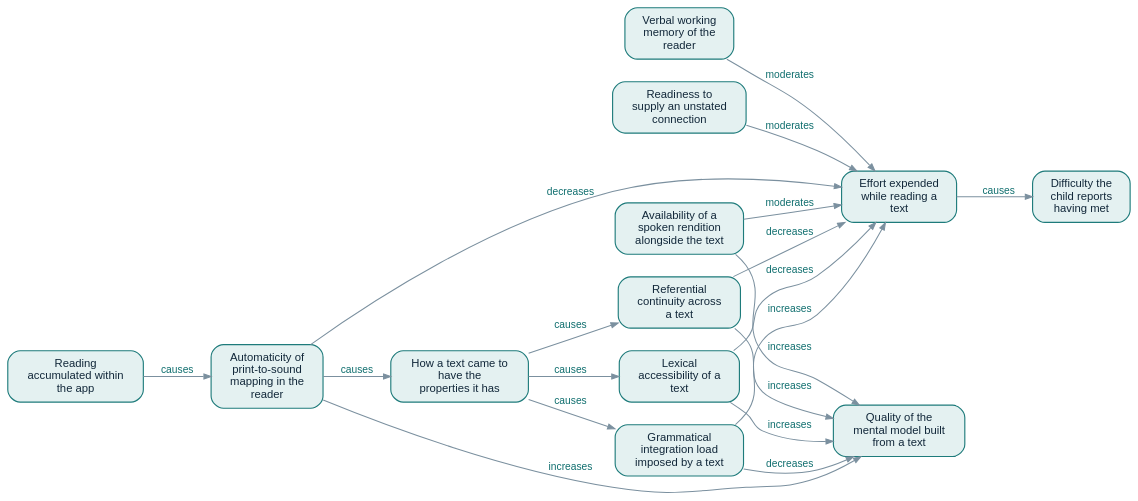
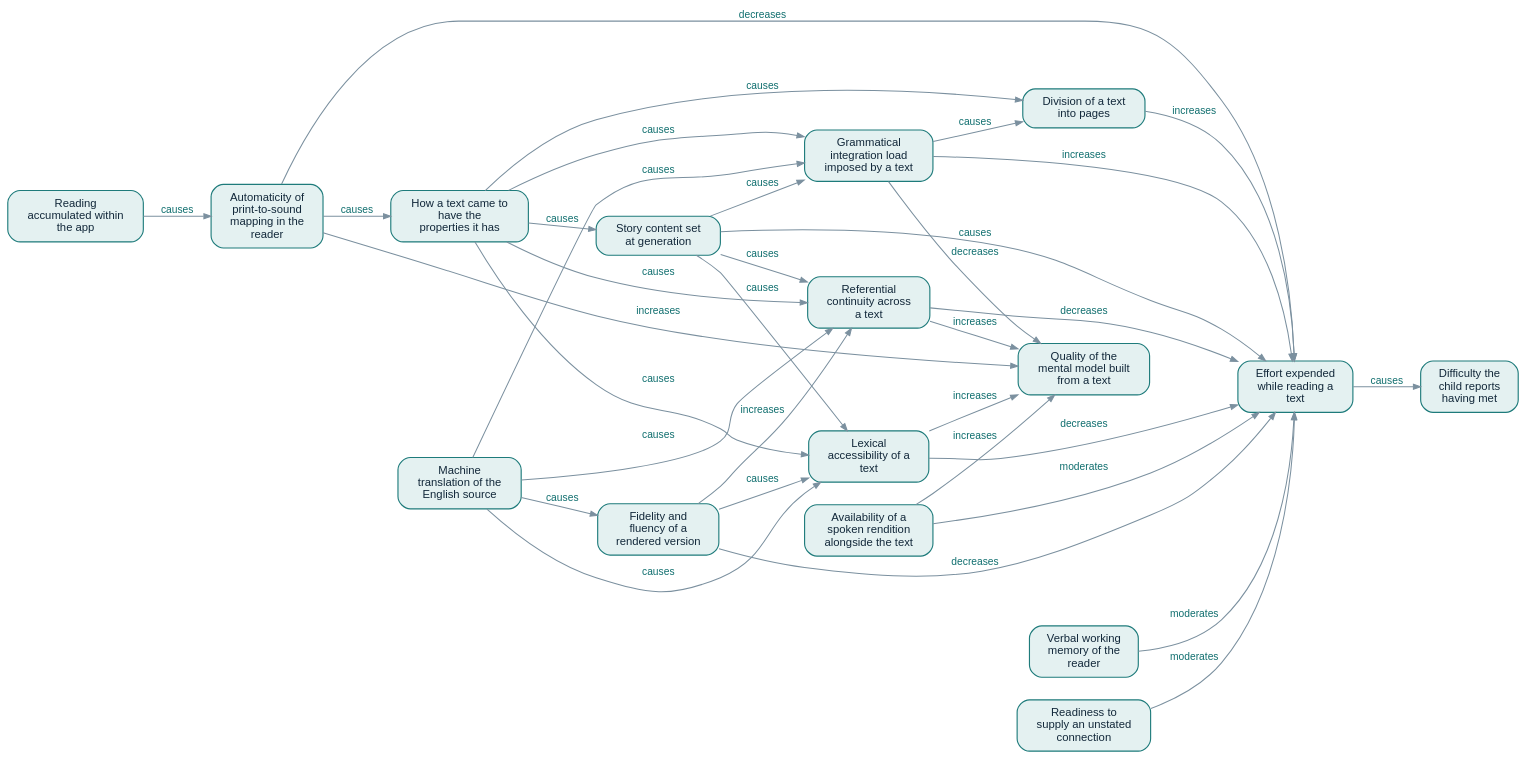
One commit to pablobernabeu/InTRACt_Interplay_of_Text_Reader_And_Context changed the diagram in preregistration/figures/nomological_net.gv. Above: the diagram before and after it, drawn with Graphviz. The commit also changed 16 other files, not shown here.

```diff
--- a/preregistration/figures/nomological_net.gv
+++ b/preregistration/figures/nomological_net.gv
@@ -1,35 +1,54 @@
 digraph nomological_net {
   graph [rankdir=LR, bgcolor="transparent", fontname="Helvetica", fontsize=11, pad="0.2", nodesep="0.3", ranksep="0.45"];
   node [fontname="Helvetica", fontsize=11, shape=box, style="rounded,filled", color="#33567A", fillcolor="#F2F6F9", fontcolor="#12283A", penwidth=1.1, margin="0.16,0.1"];
   edge [fontname="Helvetica", fontsize=10, color="#7B909F", fontcolor="#0F6E6E", arrowsize=0.7];
   "c_lexical_accessibility" [label="Lexical\naccessibility of a\ntext", fillcolor="#E4F1F1", color="#1E7B7B"];
   "c_structural_integration_load" [label="Grammatical\nintegration load\nimposed by a text", fillcolor="#E4F1F1", color="#1E7B7B"];
   "c_referential_continuity" [label="Referential\ncontinuity across\na text", fillcolor="#E4F1F1", color="#1E7B7B"];
   "c_decoding_automaticity" [label="Automaticity of\nprint-to-sound\nmapping in the\nreader", fillcolor="#E4F1F1", color="#1E7B7B"];
   "c_verbal_working_memory" [label="Verbal working\nmemory of the\nreader", fillcolor="#E4F1F1", color="#1E7B7B"];
   "c_inferential_resource" [label="Readiness to\nsupply an unstated\nconnection", fillcolor="#E4F1F1", color="#1E7B7B"];
   "c_spoken_rendition" [label="Availability of a\nspoken rendition\nalongside the text", fillcolor="#E4F1F1", color="#1E7B7B"];
   "c_accumulated_reading" [label="Reading\naccumulated within\nthe app", fillcolor="#E4F1F1", color="#1E7B7B"];
   "c_processing_effort" [label="Effort expended\nwhile reading a\ntext", fillcolor="#E4F1F1", color="#1E7B7B"];
   "c_experienced_difficulty" [label="Difficulty the\nchild reports\nhaving met", fillcolor="#E4F1F1", color="#1E7B7B"];
   "c_text_provenance" [label="How a text came to\nhave the\nproperties it has", fillcolor="#E4F1F1", color="#1E7B7B"];
+  "c_translation" [label="Machine\ntranslation of the\nEnglish source", fillcolor="#E4F1F1", color="#1E7B7B"];
+  "c_translation_quality" [label="Fidelity and\nfluency of a\nrendered version", fillcolor="#E4F1F1", color="#1E7B7B"];
+  "c_story_content" [label="Story content set\nat generation", fillcolor="#E4F1F1", color="#1E7B7B"];
+  "c_layout" [label="Division of a text\ninto pages", fillcolor="#E4F1F1", color="#1E7B7B"];
   "c_situation_model" [label="Quality of the\nmental model built\nfrom a text", fillcolor="#E4F1F1", color="#1E7B7B"];
   "c_lexical_accessibility" -> "c_processing_effort" [label="decreases"];
   "c_structural_integration_load" -> "c_processing_effort" [label="increases"];
   "c_referential_continuity" -> "c_processing_effort" [label="decreases"];
   "c_decoding_automaticity" -> "c_processing_effort" [label="decreases"];
   "c_accumulated_reading" -> "c_decoding_automaticity" [label="causes"];
   "c_verbal_working_memory" -> "c_processing_effort" [label="moderates"];
   "c_inferential_resource" -> "c_processing_effort" [label="moderates"];
   "c_spoken_rendition" -> "c_processing_effort" [label="moderates"];
   "c_processing_effort" -> "c_experienced_difficulty" [label="causes"];
   "c_lexical_accessibility" -> "c_situation_model" [label="increases"];
   "c_structural_integration_load" -> "c_situation_model" [label="decreases"];
   "c_referential_continuity" -> "c_situation_model" [label="increases"];
   "c_decoding_automaticity" -> "c_situation_model" [label="increases"];
   "c_spoken_rendition" -> "c_situation_model" [label="increases"];
   "c_text_provenance" -> "c_lexical_accessibility" [label="causes"];
   "c_text_provenance" -> "c_structural_integration_load" [label="causes"];
   "c_text_provenance" -> "c_referential_continuity" [label="causes"];
   "c_decoding_automaticity" -> "c_text_provenance" [label="causes"];
+  "c_translation" -> "c_lexical_accessibility" [label="causes"];
+  "c_translation" -> "c_structural_integration_load" [label="causes"];
+  "c_translation" -> "c_referential_continuity" [label="causes"];
+  "c_translation" -> "c_translation_quality" [label="causes"];
+  "c_translation_quality" -> "c_processing_effort" [label="decreases"];
+  "c_translation_quality" -> "c_lexical_accessibility" [label="causes"];
+  "c_translation_quality" -> "c_referential_continuity" [label="increases"];
+  "c_text_provenance" -> "c_story_content" [label="causes"];
+  "c_story_content" -> "c_processing_effort" [label="causes"];
+  "c_story_content" -> "c_lexical_accessibility" [label="causes"];
+  "c_story_content" -> "c_structural_integration_load" [label="causes"];
+  "c_story_content" -> "c_referential_continuity" [label="causes"];
+  "c_text_provenance" -> "c_layout" [label="causes"];
+  "c_structural_integration_load" -> "c_layout" [label="causes"];
+  "c_layout" -> "c_processing_effort" [label="increases"];
 }
```
